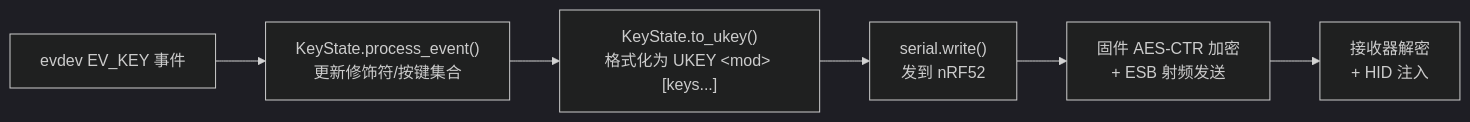
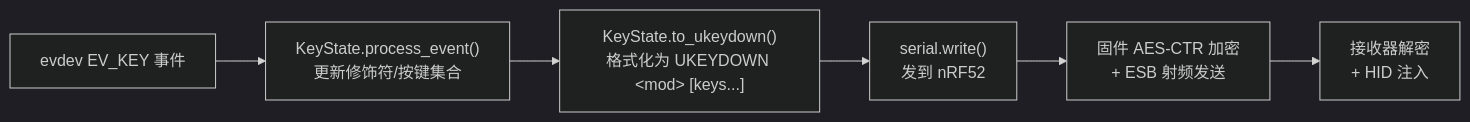
One commit to ZHLHZHU/unifying-kvm changed the second of 5 diagrams in docs/TECHNICAL.md. Above: the diagram before and after it, drawn with Mermaid (dark theme). The commit also changed other lines of this file and 1 other file, not shown here.

Commit message:
docs: 更新为 UKEYDOWN 协议 + AES counter 持久化说明 + 断电故障排查

````diff
--- a/docs/TECHNICAL.md
+++ b/docs/TECHNICAL.md
@@ -37,8 +37,8 @@
 ```mermaid
 graph LR
     A["evdev EV_KEY 事件"] --> B["KeyState.process_event()<br/>更新修饰符/按键集合"]
-    B --> C["KeyState.to_ukey()<br/>格式化为 UKEY &lt;mod&gt; [keys...]"]
+    B --> C["KeyState.to_ukeydown()<br/>格式化为 UKEYDOWN &lt;mod&gt; [keys...]"]
     C --> D["serial.write()<br/>发到 nRF52"]
     D --> E["固件 AES-CTR 加密<br/>+ ESB 射频发送"]
     E --> F["接收器解密<br/>+ HID 注入"]
 ```
````
